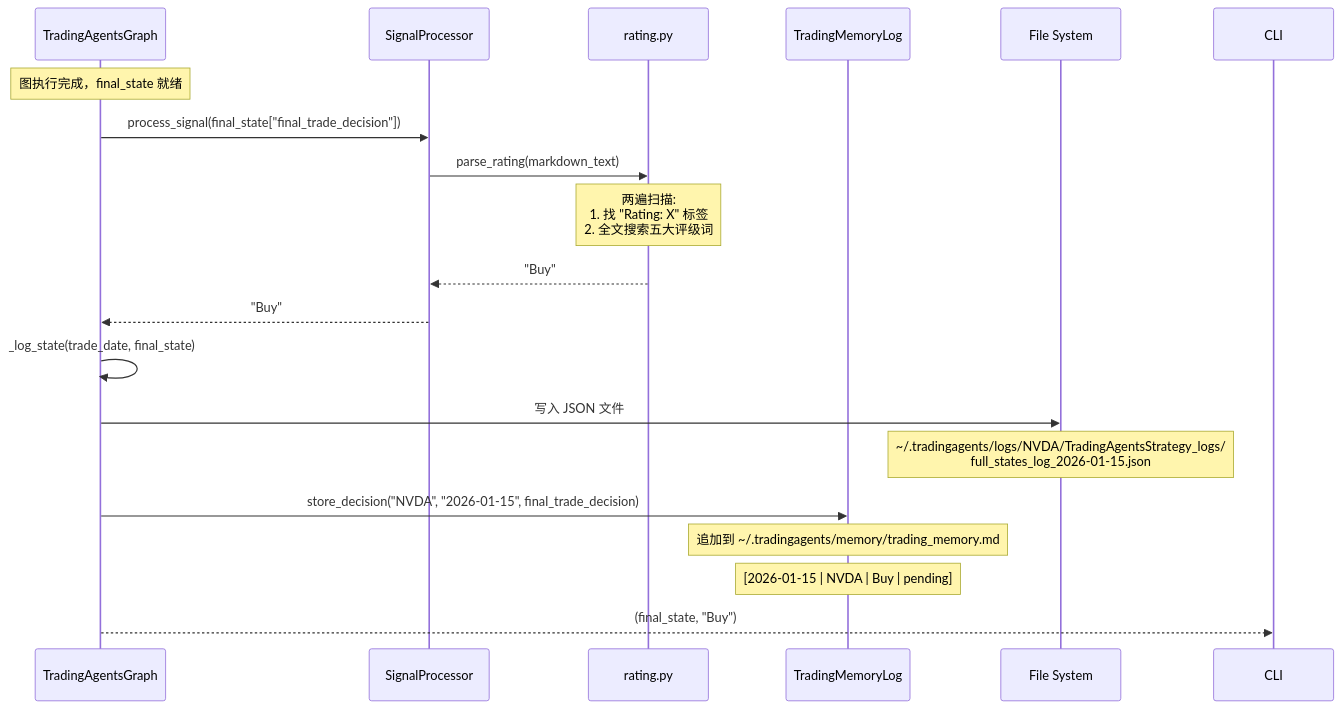
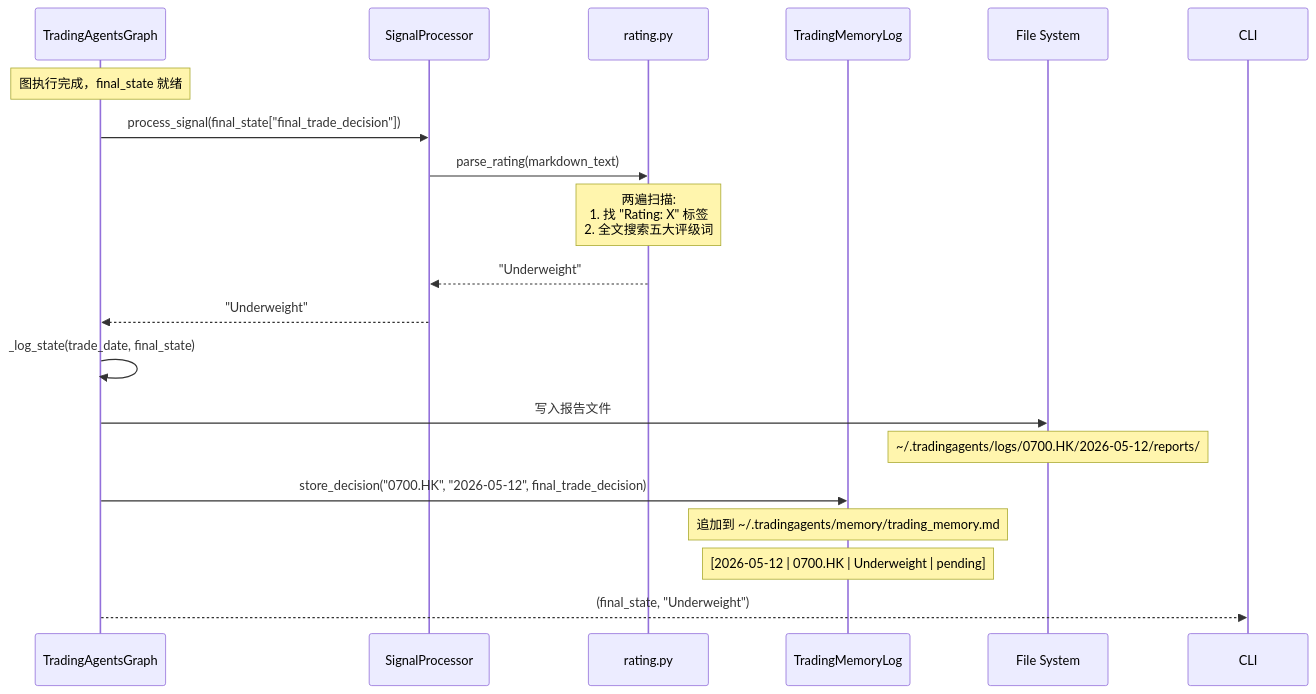
The tenth of 12 diagrams in docs/端到端案例文档.md (kindywu/TradingAgents), drawn with Mermaid before and after one commit. The commit also changed other lines of this file and 27 other files, not shown here.

````diff
--- a/docs/端到端案例文档.md
+++ b/docs/端到端案例文档.md
@@ -872,26 +829,26 @@
 ```mermaid
 sequenceDiagram
     participant TAG as TradingAgentsGraph
     participant SP as SignalProcessor
     participant RP as rating.py
     participant ML as TradingMemoryLog
     participant Disk as File System
 
     Note over TAG: 图执行完成，final_state 就绪
 
     TAG->>SP: process_signal(final_state["final_trade_decision"])
     SP->>RP: parse_rating(markdown_text)
     Note over RP: 两遍扫描:<br/>1. 找 "Rating: X" 标签<br/>2. 全文搜索五大评级词
-    RP-->>SP: "Buy"
-    SP-->>TAG: "Buy"
+    RP-->>SP: "Underweight"
+    SP-->>TAG: "Underweight"
 
     TAG->>TAG: _log_state(trade_date, final_state)
-    TAG->>Disk: 写入 JSON 文件
-    Note over Disk: ~/.tradingagents/logs/NVDA/TradingAgentsStrategy_logs/<br/>full_states_log_2026-01-15.json
+    TAG->>Disk: 写入报告文件
+    Note over Disk: ~/.tradingagents/logs/0700.HK/2026-05-12/reports/
 
-    TAG->>ML: store_decision("NVDA", "2026-01-15", final_trade_decision)
+    TAG->>ML: store_decision("0700.HK", "2026-05-12", final_trade_decision)
     Note over ML: 追加到 ~/.tradingagents/memory/trading_memory.md
-    Note over ML: [2026-01-15 | NVDA | Buy | pending]
+    Note over ML: [2026-05-12 | 0700.HK | Underweight | pending]
 
-    TAG-->>CLI: (final_state, "Buy")
+    TAG-->>CLI: (final_state, "Underweight")
 ```
````
